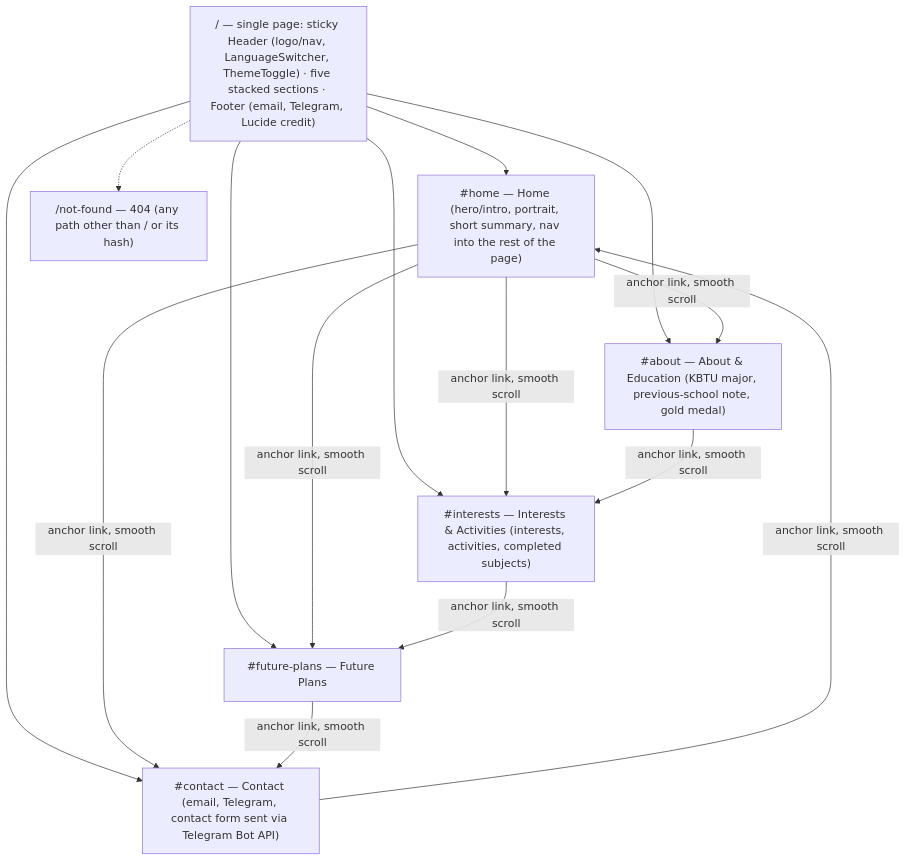
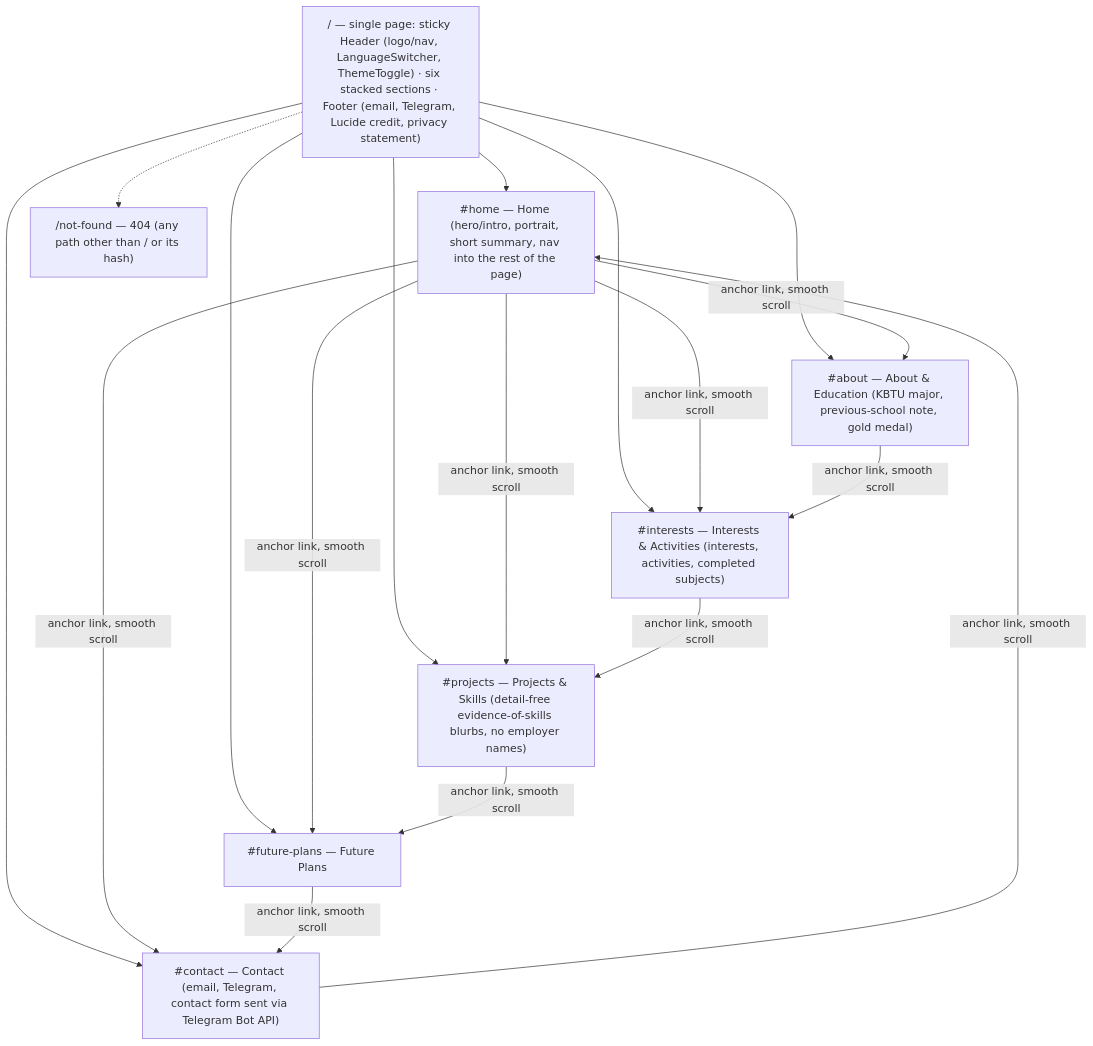
One commit to aablty/kbtu_se_2026_tsis changed the diagram in docs/diagrams/sitemap.mmd. Above: the diagram before and after it, drawn with Mermaid. The commit also changed 13 other files, not shown here.

```diff
--- a/docs/diagrams/sitemap.mmd
+++ b/docs/diagrams/sitemap.mmd
@@ -1,33 +1,38 @@
 %% Sitemap / Information Architecture — Nursultan Nurgali personal website
-%% Pseudo-level: one real route, five in-page anchor sections, navigation relationships only.
+%% Pseudo-level: one real route, six in-page anchor sections, navigation relationships only.
 graph TD
-    Root["/ — single page: sticky Header (logo/nav, LanguageSwitcher, ThemeToggle) · five stacked sections · Footer (email, Telegram, Lucide credit)"]
+    Root["/ — single page: sticky Header (logo/nav, LanguageSwitcher, ThemeToggle) · six stacked sections · Footer (email, Telegram, Lucide credit, privacy statement)"]
 
     Home["#home — Home (hero/intro, portrait, short summary, nav into the rest of the page)"]
     About["#about — About & Education (KBTU major, previous-school note, gold medal)"]
     Interests["#interests — Interests & Activities (interests, activities, completed subjects)"]
+    Projects["#projects — Projects & Skills (detail-free evidence-of-skills blurbs, no employer names)"]
     Future["#future-plans — Future Plans"]
     Contact["#contact — Contact (email, Telegram, contact form sent via Telegram Bot API)"]
     NotFound["/not-found — 404 (any path other than / or its hash)"]
 
     Root --> Home
     Root --> About
     Root --> Interests
+    Root --> Projects
     Root --> Future
     Root --> Contact
     Root -.-> NotFound
 
     Home -- anchor link, smooth scroll --> About
     Home -- anchor link, smooth scroll --> Interests
+    Home -- anchor link, smooth scroll --> Projects
     Home -- anchor link, smooth scroll --> Future
     Home -- anchor link, smooth scroll --> Contact
     About -- anchor link, smooth scroll --> Interests
-    Interests -- anchor link, smooth scroll --> Future
+    Interests -- anchor link, smooth scroll --> Projects
+    Projects -- anchor link, smooth scroll --> Future
     Future -- anchor link, smooth scroll --> Contact
     Contact -- anchor link, smooth scroll --> Home
 
     %% The sticky Header/Footer wrap the whole page (not per-route), so LanguageSwitcher and
     %% ThemeToggle stay reachable while scrolling anywhere (satisfies FR-04).
     %% No auth/restricted area exists anywhere on the page (author decision).
     %% Was five separate routes in Iteration 1; collapsed into one page with hash anchors — see
-    %% docs/architecture.md Decision 4.
+    %% docs/architecture.md Decision 4. #projects added 2026-11-25 to close a required-content gap
+    %% (FR-11); footer privacy statement (FR-12) added the same day.
```
